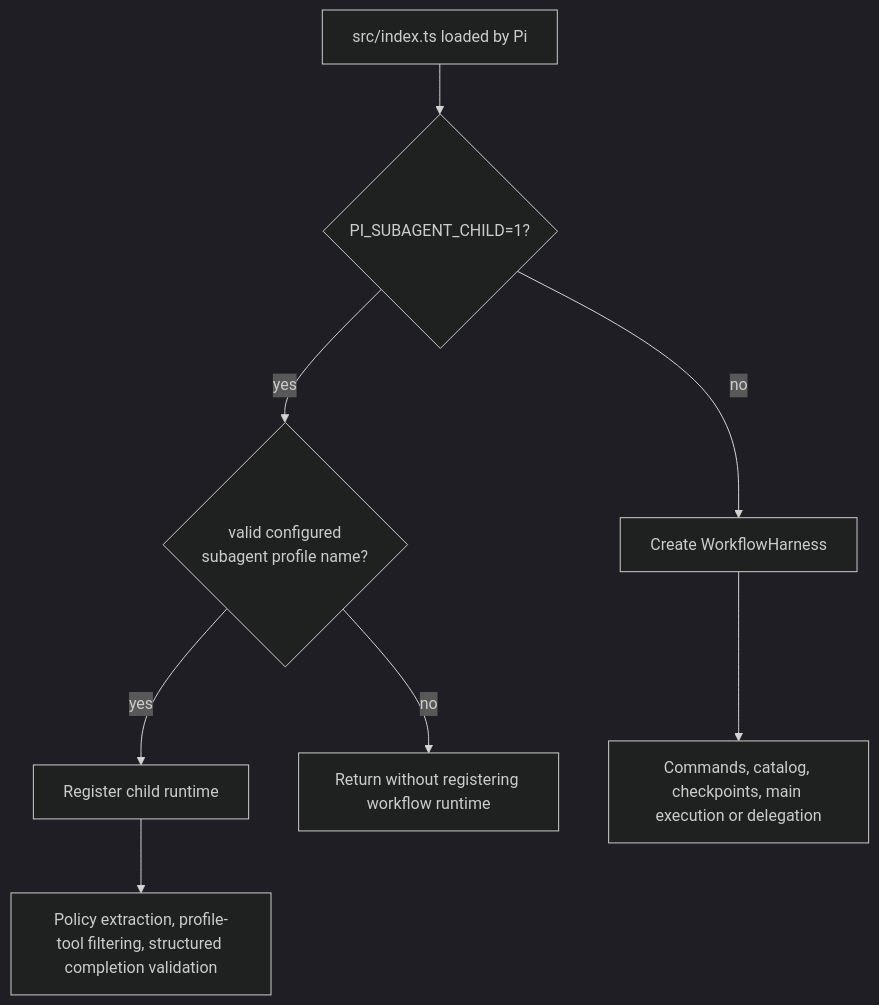
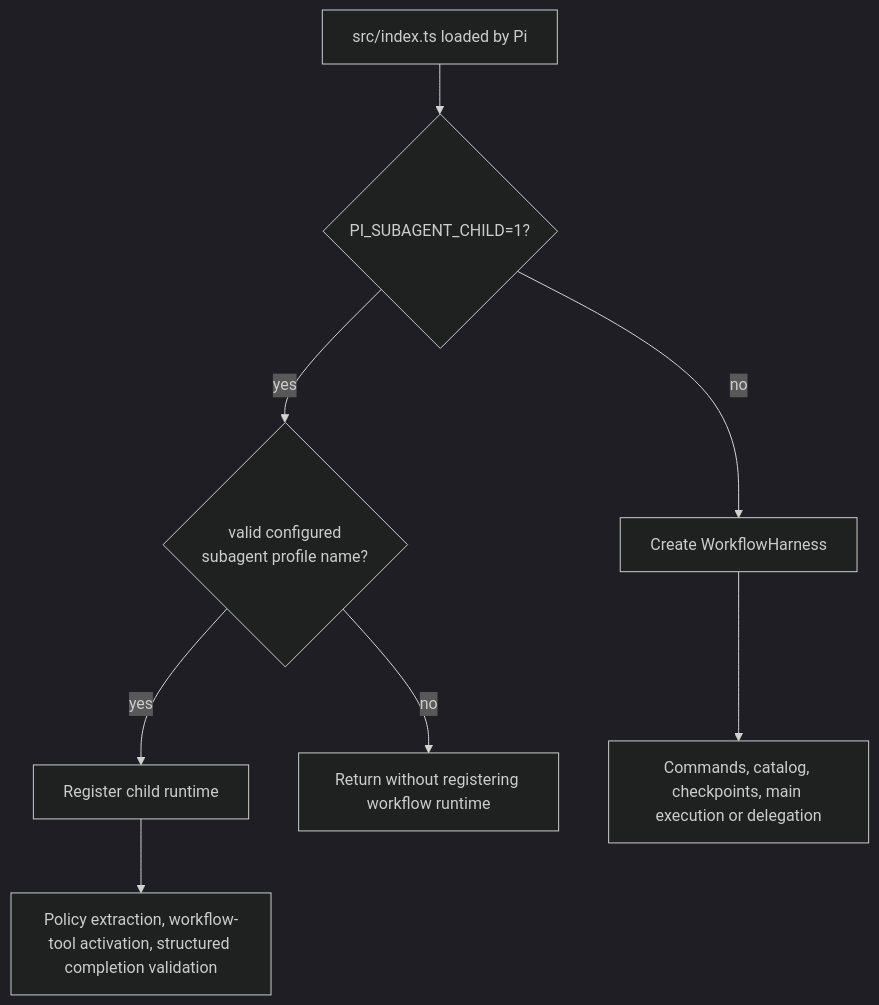
The second of 5 diagrams in openwiki/architecture/overview.md (wichayutdew/pi-workflows), drawn with Mermaid (dark theme) before and after one commit. The commit also changed 32 other files, not shown here.

````diff
--- a/openwiki/architecture/overview.md
+++ b/openwiki/architecture/overview.md
@@ -41,12 +41,12 @@
 ```mermaid
 flowchart TD
   Start[src/index.ts loaded by Pi]
   Start --> ChildEnv{PI_SUBAGENT_CHILD=1?}
   ChildEnv -- no --> Parent[Create WorkflowHarness]
   ChildEnv -- yes --> NameOk{valid configured<br/>subagent profile name?}
   NameOk -- yes --> Child[Register child runtime]
   NameOk -- no --> Noop[Return without registering workflow runtime]
 
   Parent --> ParentWork[Commands, catalog, checkpoints, main execution or delegation]
-  Child --> ChildWork[Policy extraction, profile-tool filtering, structured completion validation]
+  Child --> ChildWork[Policy extraction, workflow-tool activation, structured completion validation]
 ```
````
